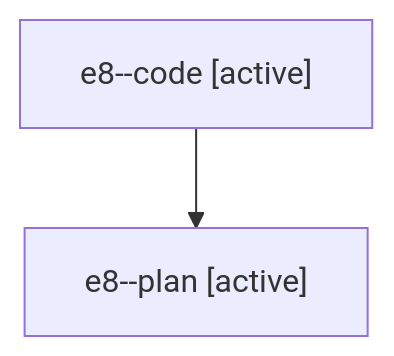
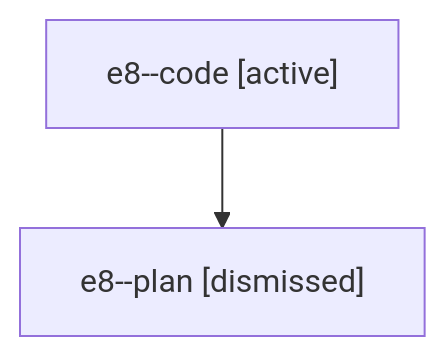
The diagram in sessions/bbugyi200.athena.e8.md (sase-org/sase--agents), drawn with Mermaid before and after one commit. The commit also changed other lines of this file and 31 other files, not shown here.

````diff
--- a/sessions/bbugyi200.athena.e8.md
+++ b/sessions/bbugyi200.athena.e8.md
@@ -9,6 +9,6 @@
 ```mermaid
 flowchart TD
   n0["e8--code [active]"]
-  n1["e8--plan [active]"]
+  n1["e8--plan [dismissed]"]
   n0 --> n1
 ```
````
